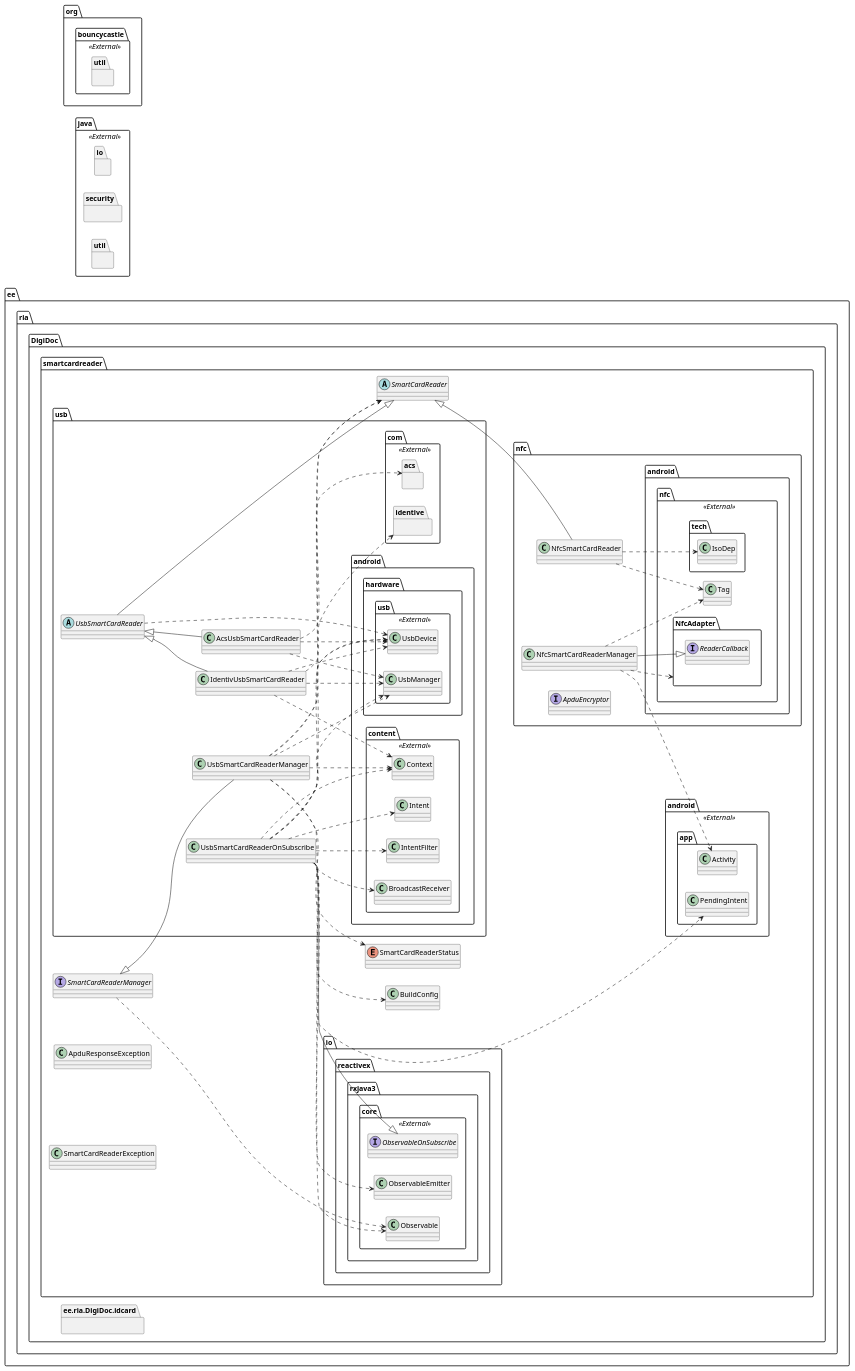
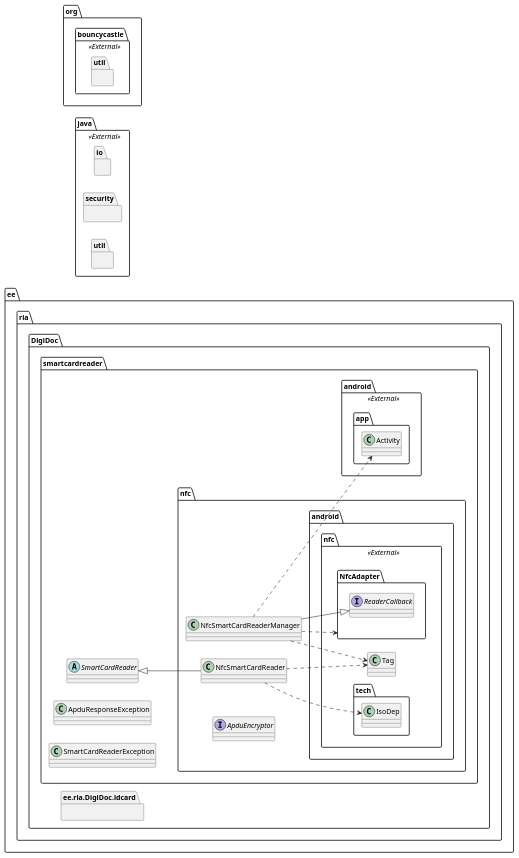
The diagram in doc/model/smart-card-reader.puml (open-eid/nfc-Android-lib), drawn with PlantUML before and after one commit. The commit also changed 20 other files, not shown here.

Commit message:
Remove ID-card reader support

```diff
--- a/doc/model/smart-card-reader.puml
+++ b/doc/model/smart-card-reader.puml
@@ -1,105 +1,42 @@
 @startuml
 
 
 left to right direction
 
 package ee.ria.DigiDoc.idcard {}
 abstract class ee.ria.DigiDoc.smartcardreader.SmartCardReader
-abstract class ee.ria.DigiDoc.smartcardreader.usb.UsbSmartCardReader
 
-package "com" as ee.ria.DigiDoc.smartcardreader.usb.com <<External>> {
-  package acs {}
-  package identive {}
-}
 class ee.ria.DigiDoc.smartcardreader.ApduResponseException
-class ee.ria.DigiDoc.smartcardreader.BuildConfig
 class ee.ria.DigiDoc.smartcardreader.SmartCardReaderException
 class ee.ria.DigiDoc.smartcardreader.nfc.NfcSmartCardReader
 class ee.ria.DigiDoc.smartcardreader.nfc.NfcSmartCardReaderManager
-class ee.ria.DigiDoc.smartcardreader.usb.AcsUsbSmartCardReader
-class ee.ria.DigiDoc.smartcardreader.usb.IdentivUsbSmartCardReader
-class ee.ria.DigiDoc.smartcardreader.usb.UsbSmartCardReaderManager
-class ee.ria.DigiDoc.smartcardreader.usb.UsbSmartCardReaderOnSubscribe
-
-package "core" as ee.ria.DigiDoc.smartcardreader.io.reactivex.rxjava3.core <<External>> {
-  class Observable
-  class ObservableEmitter
-  interface ObservableOnSubscribe
-}
 
 package java <<External>> {
   package io {}
   package security {}
   package util {}
 }
 
 package org.bouncycastle <<External>> {
   package util {}
 }
 
 package "nfc" as ee.ria.DigiDoc.smartcardreader.nfc.android.nfc <<External>> {
   class Tag
   class tech.IsoDep
   interface NfcAdapter.ReaderCallback
 }
 
-package "usb" as ee.ria.DigiDoc.smartcardreader.usb.android.hardware.usb <<External>> {
-  class UsbDevice
-  class UsbManager
+package "android" as ee.ria.DigiDoc.smartcardreader.android <<External>> {
+  class app.Activity
 }
 
-package "content" as ee.ria.DigiDoc.smartcardreader.usb.android.content <<External>> {
-  class BroadcastReceiver
-  class Context
-  class Intent
-  class IntentFilter
-}
-
-
-package "android" as ee.ria.DigiDoc.smartcardreader.android <<External>> {
-  class app.Activity
-  class app.PendingIntent
-}
-
-
-enum ee.ria.DigiDoc.smartcardreader.SmartCardReaderStatus
-interface ee.ria.DigiDoc.smartcardreader.SmartCardReaderManager
 interface ee.ria.DigiDoc.smartcardreader.nfc.ApduEncryptor
-ee.ria.DigiDoc.smartcardreader.usb.UsbSmartCardReader -up-|> ee.ria.DigiDoc.smartcardreader.SmartCardReader
-ee.ria.DigiDoc.smartcardreader.usb.UsbSmartCardReader ..> ee.ria.DigiDoc.smartcardreader.usb.android.hardware.usb.UsbDevice
 ee.ria.DigiDoc.smartcardreader.nfc.NfcSmartCardReader -up-|> ee.ria.DigiDoc.smartcardreader.SmartCardReader
 ee.ria.DigiDoc.smartcardreader.nfc.NfcSmartCardReader ..> ee.ria.DigiDoc.smartcardreader.nfc.android.nfc.Tag
 ee.ria.DigiDoc.smartcardreader.nfc.NfcSmartCardReader ..> ee.ria.DigiDoc.smartcardreader.nfc.android.nfc.tech.IsoDep
 ee.ria.DigiDoc.smartcardreader.nfc.NfcSmartCardReaderManager ..> ee.ria.DigiDoc.smartcardreader.android.app.Activity
 ee.ria.DigiDoc.smartcardreader.nfc.NfcSmartCardReaderManager ..> ee.ria.DigiDoc.smartcardreader.nfc.android.nfc.NfcAdapter
 ee.ria.DigiDoc.smartcardreader.nfc.NfcSmartCardReaderManager ..> ee.ria.DigiDoc.smartcardreader.nfc.android.nfc.Tag
 ee.ria.DigiDoc.smartcardreader.nfc.NfcSmartCardReaderManager -up-|> ee.ria.DigiDoc.smartcardreader.nfc.android.nfc.NfcAdapter.ReaderCallback
-ee.ria.DigiDoc.smartcardreader.usb.AcsUsbSmartCardReader -up-|> ee.ria.DigiDoc.smartcardreader.usb.UsbSmartCardReader
-ee.ria.DigiDoc.smartcardreader.usb.AcsUsbSmartCardReader ..> ee.ria.DigiDoc.smartcardreader.usb.android.hardware.usb.UsbDevice
-ee.ria.DigiDoc.smartcardreader.usb.AcsUsbSmartCardReader ..> ee.ria.DigiDoc.smartcardreader.usb.android.hardware.usb.UsbManager
-ee.ria.DigiDoc.smartcardreader.usb.AcsUsbSmartCardReader ..> ee.ria.DigiDoc.smartcardreader.usb.com.acs
-ee.ria.DigiDoc.smartcardreader.usb.IdentivUsbSmartCardReader -up-|> ee.ria.DigiDoc.smartcardreader.usb.UsbSmartCardReader
-ee.ria.DigiDoc.smartcardreader.usb.IdentivUsbSmartCardReader ..> ee.ria.DigiDoc.smartcardreader.usb.android.content.Context
-ee.ria.DigiDoc.smartcardreader.usb.IdentivUsbSmartCardReader ..> ee.ria.DigiDoc.smartcardreader.usb.android.hardware.usb.UsbDevice
-ee.ria.DigiDoc.smartcardreader.usb.IdentivUsbSmartCardReader ..> ee.ria.DigiDoc.smartcardreader.usb.android.hardware.usb.UsbManager
-ee.ria.DigiDoc.smartcardreader.usb.IdentivUsbSmartCardReader ..> ee.ria.DigiDoc.smartcardreader.usb.com.identive
-ee.ria.DigiDoc.smartcardreader.usb.UsbSmartCardReaderManager ..> ee.ria.DigiDoc.smartcardreader.SmartCardReader
-ee.ria.DigiDoc.smartcardreader.usb.UsbSmartCardReaderManager ..> ee.ria.DigiDoc.smartcardreader.usb.android.content.Context
-ee.ria.DigiDoc.smartcardreader.usb.UsbSmartCardReaderManager ..> ee.ria.DigiDoc.smartcardreader.usb.android.hardware.usb.UsbDevice
-ee.ria.DigiDoc.smartcardreader.usb.UsbSmartCardReaderManager ..> ee.ria.DigiDoc.smartcardreader.usb.android.hardware.usb.UsbManager
-ee.ria.DigiDoc.smartcardreader.usb.UsbSmartCardReaderManager ..> ee.ria.DigiDoc.smartcardreader.io.reactivex.rxjava3.core.Observable
-ee.ria.DigiDoc.smartcardreader.usb.UsbSmartCardReaderManager ..> ee.ria.DigiDoc.smartcardreader.SmartCardReaderStatus
-ee.ria.DigiDoc.smartcardreader.usb.UsbSmartCardReaderManager -up-|> ee.ria.DigiDoc.smartcardreader.SmartCardReaderManager
-ee.ria.DigiDoc.smartcardreader.usb.UsbSmartCardReaderOnSubscribe ..> ee.ria.DigiDoc.smartcardreader.SmartCardReader
-ee.ria.DigiDoc.smartcardreader.usb.UsbSmartCardReaderOnSubscribe ..> ee.ria.DigiDoc.smartcardreader.android.app.PendingIntent
-ee.ria.DigiDoc.smartcardreader.usb.UsbSmartCardReaderOnSubscribe ..> ee.ria.DigiDoc.smartcardreader.usb.android.content.BroadcastReceiver
-ee.ria.DigiDoc.smartcardreader.usb.UsbSmartCardReaderOnSubscribe ..> ee.ria.DigiDoc.smartcardreader.usb.android.content.Context
-ee.ria.DigiDoc.smartcardreader.usb.UsbSmartCardReaderOnSubscribe ..> ee.ria.DigiDoc.smartcardreader.usb.android.content.Intent
-ee.ria.DigiDoc.smartcardreader.usb.UsbSmartCardReaderOnSubscribe ..> ee.ria.DigiDoc.smartcardreader.usb.android.content.IntentFilter
-ee.ria.DigiDoc.smartcardreader.usb.UsbSmartCardReaderOnSubscribe ..> ee.ria.DigiDoc.smartcardreader.usb.android.hardware.usb.UsbDevice
-ee.ria.DigiDoc.smartcardreader.usb.UsbSmartCardReaderOnSubscribe ..> ee.ria.DigiDoc.smartcardreader.usb.android.hardware.usb.UsbManager
-ee.ria.DigiDoc.smartcardreader.usb.UsbSmartCardReaderOnSubscribe ..> ee.ria.DigiDoc.smartcardreader.BuildConfig
-ee.ria.DigiDoc.smartcardreader.usb.UsbSmartCardReaderOnSubscribe ..> ee.ria.DigiDoc.smartcardreader.io.reactivex.rxjava3.core.ObservableEmitter
-ee.ria.DigiDoc.smartcardreader.usb.UsbSmartCardReaderOnSubscribe -up-|> ee.ria.DigiDoc.smartcardreader.io.reactivex.rxjava3.core.ObservableOnSubscribe
-ee.ria.DigiDoc.smartcardreader.SmartCardReaderManager ..> ee.ria.DigiDoc.smartcardreader.io.reactivex.rxjava3.core.Observable
 @enduml
```
